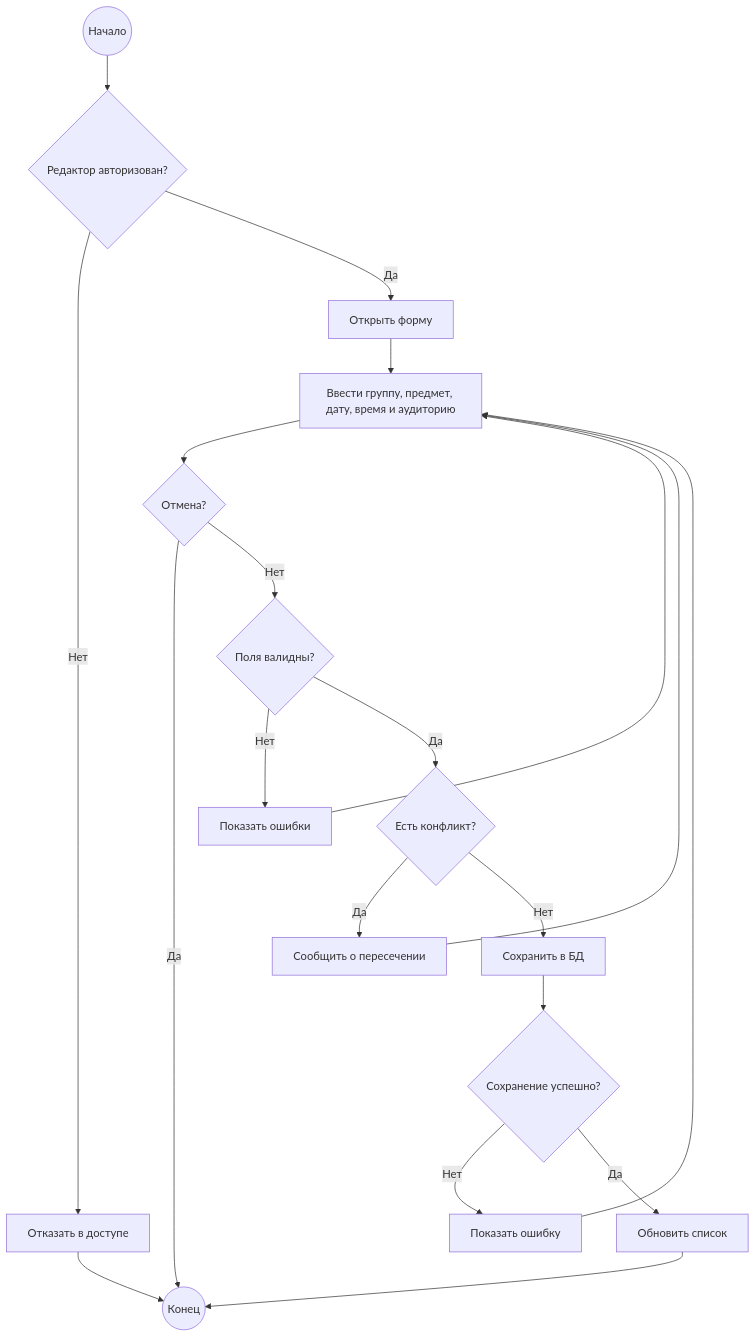
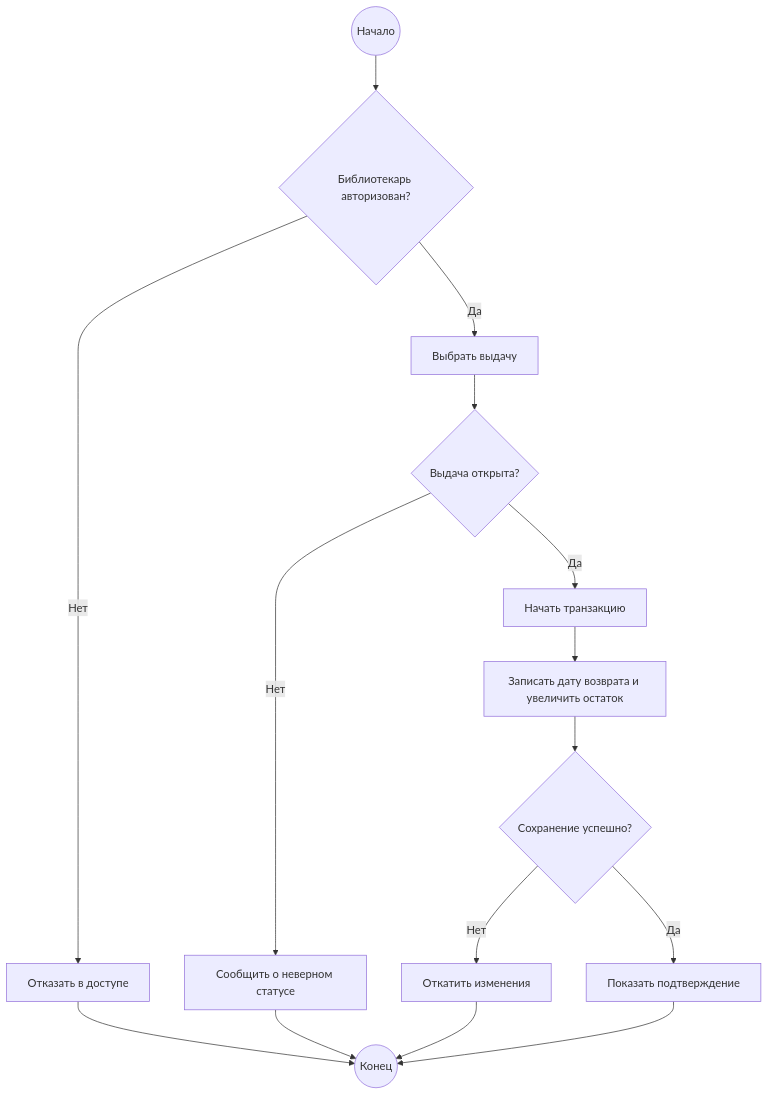
Before and after one commit to danmerced/inai-coursework: the second of 2 diagrams in semester-02/software-engineering/08-activity.md, drawn with Mermaid. The commit also changed other lines of this file and 21 other files, not shown here.

````diff
--- a/semester-02/software-engineering/08-activity.md
+++ b/semester-02/software-engineering/08-activity.md
@@ -26,22 +31,13 @@
 ```mermaid
 flowchart TD
-    A((Начало)) --> B{Редактор авторизован?}
-    B -->|Нет| C[Отказать в доступе]
-    C --> Z((Конец))
-    B -->|Да| D[Открыть форму]
-    D --> E[Ввести группу, предмет, дату, время и аудиторию]
-    E --> F{Отмена?}
-    F -->|Да| Z
-    F -->|Нет| G{Поля валидны?}
-    G -->|Нет| H[Показать ошибки]
-    H --> E
-    G -->|Да| I{Есть конфликт?}
-    I -->|Да| J[Сообщить о пересечении]
-    J --> E
-    I -->|Нет| K[Сохранить в БД]
-    K --> L{Сохранение успешно?}
-    L -->|Нет| M[Показать ошибку]
-    M --> E
-    L -->|Да| N[Обновить список]
-    N --> Z
+    A((Начало)) --> B{Библиотекарь авторизован?}
+    B -->|Нет| C[Отказать в доступе] --> Z((Конец))
+    B -->|Да| D[Выбрать выдачу]
+    D --> E{Выдача открыта?}
+    E -->|Нет| F[Сообщить о неверном статусе] --> Z
+    E -->|Да| G[Начать транзакцию]
+    G --> H[Записать дату возврата и увеличить остаток]
+    H --> I{Сохранение успешно?}
+    I -->|Нет| J[Откатить изменения] --> Z
+    I -->|Да| K[Показать подтверждение] --> Z
 ```
````
